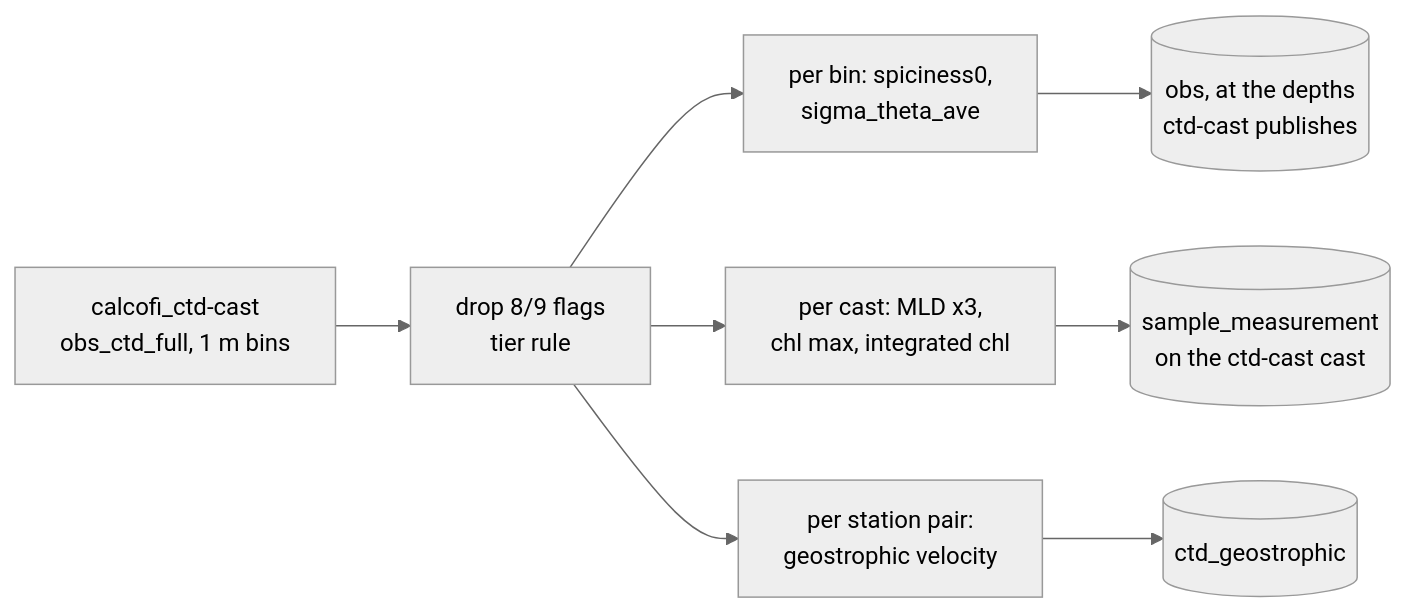
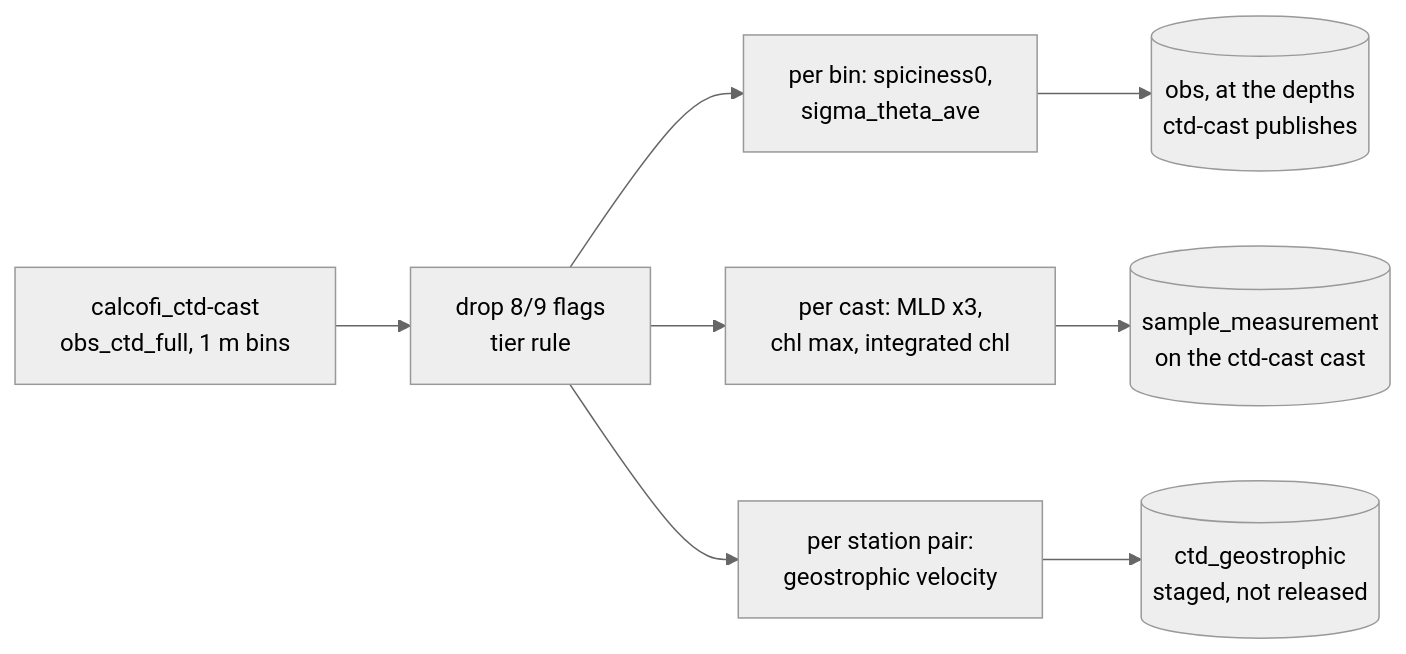
The diagram in ingest_calcofi_ctd-derived.qmd (CalCOFI/workflows), drawn with Mermaid (neutral theme) before and after one commit. The commit also changed other lines of this file and 4 other files, not shown here.

````diff
--- a/ingest_calcofi_ctd-derived.qmd
+++ b/ingest_calcofi_ctd-derived.qmd
@@ -56,10 +67,10 @@
 ```{mermaid}
 graph LR
   A[calcofi_ctd-cast<br/>obs_ctd_full, 1 m bins] --> B[drop 8/9 flags<br/>tier rule]
   B --> C[per bin: spiciness0,<br/>sigma_theta_ave]
   B --> D[per cast: MLD x3,<br/>chl max, integrated chl]
   B --> E[per station pair:<br/>geostrophic velocity]
   C --> F[(obs, at the depths<br/>ctd-cast publishes)]
   D --> G[(sample_measurement<br/>on the ctd-cast cast)]
-  E --> H[(ctd_geostrophic)]
+  E --> H[(ctd_geostrophic<br/>staged, not released)]
 ```
````
